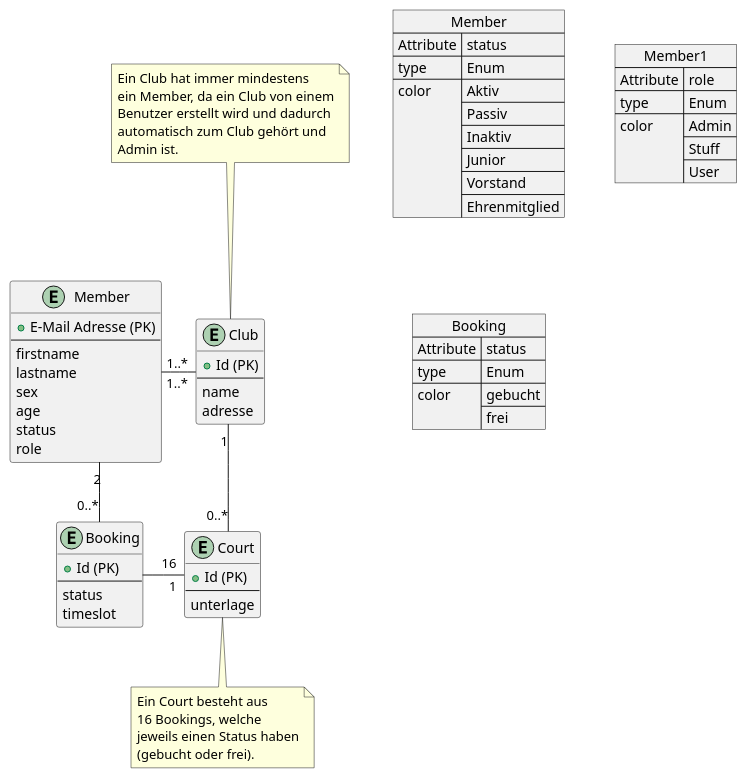
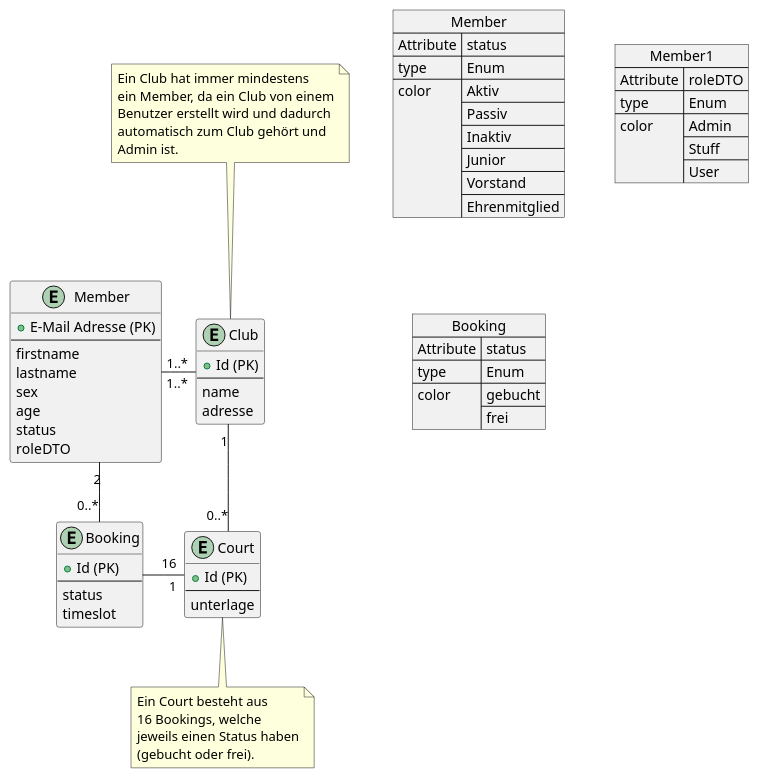
Before and after one commit to incrediblybadcoder/fortylove: the diagram in documents/design/datenbank/entity/entitydiagram.puml, drawn with PlantUML. The commit also changed 70 other files, not shown here.

Commit message:
#95 Umbenennung DTO und Entities - renamed entity and dto classes

```diff
--- a/documents/design/datenbank/entity/entitydiagram.puml
+++ b/documents/design/datenbank/entity/entitydiagram.puml
@@ -1,62 +1,62 @@
 @startuml
 skinparam packageStyle rectangle
 skinparam linetype ortho
 
 entity "Member" as member {
   + E-Mail Adresse (PK)
   --
   firstname
   lastname
   sex
   age
   status
-  role
+  roleDTO
 }
 json Member {
    "Attribute":"status",
    "type":"Enum",
    "color": ["Aktiv", "Passiv", "Inaktiv", "Junior", "Vorstand", "Ehrenmitglied"]
 }
 json Member1 {
-   "Attribute":"role",
+   "Attribute":"roleDTO",
    "type":"Enum",
    "color": ["Admin", "Stuff", "User"]
 }
 
 
 entity "Booking" as booking {
   + Id (PK)
   --
   status
   timeslot
 }
 
 json Booking {
    "Attribute":"status",
    "type":"Enum",
    "color": ["gebucht", "frei"]
 }
 
-entity "Court" as court {
+entity "Court" as courtDTO {
   + Id (PK)
   --
   unterlage
 }
 note bottom: Ein Court besteht aus\n16 Bookings, welche\njeweils einen Status haben\n(gebucht oder frei).
 
 entity "Club" as club {
   + Id (PK)
   --
   name
   adresse
 }
 note top: Ein Club hat immer mindestens\nein Member, da ein Club von einem\nBenutzer erstellt wird und dadurch\nautomatisch zum Club gehört und\nAdmin ist.
 
-court "1"-left-"\t16" booking
+courtDTO "1"-left-"\t16" booking
 booking "0..*"-up-"2" member
-club "1"-down-"0..*" court
+club "1"-down-"0..*" courtDTO
 member "1..*"-right-"1..*" club
 
 
 
 @enduml
```
